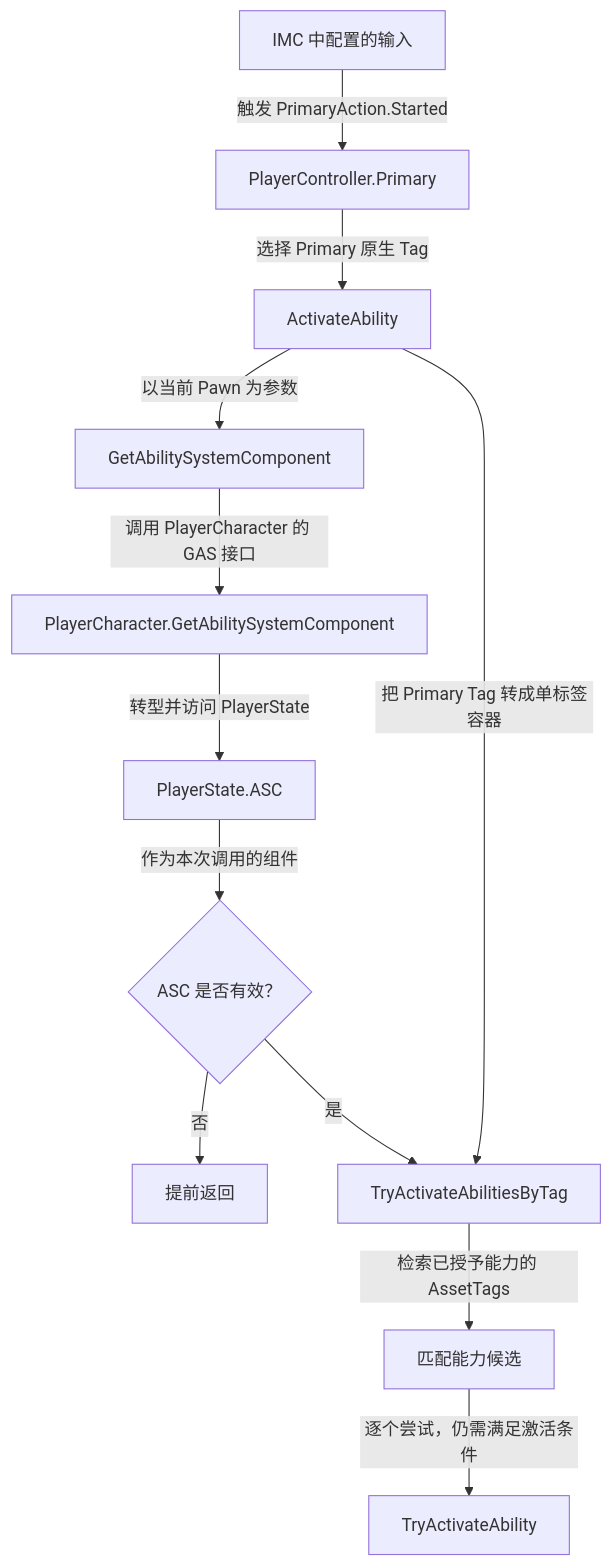
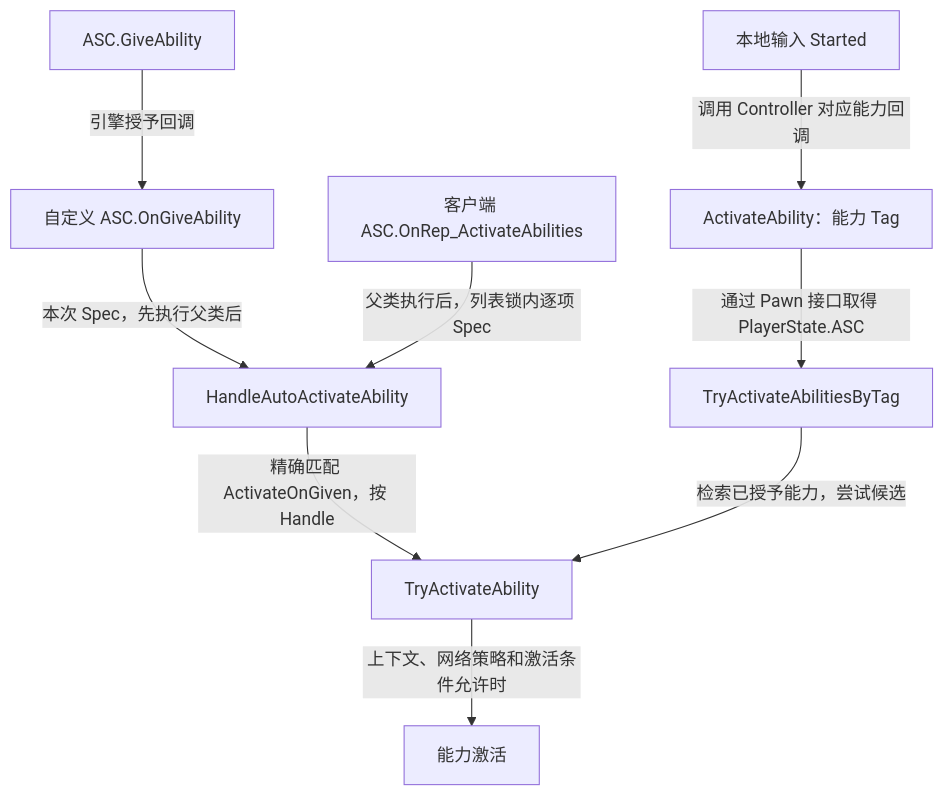
One commit to xue1ong/GAS_StudyNotes changed the second of 2 diagrams in AbilitySystem/StartupAbilities.md. Above: the diagram before and after it, drawn with Mermaid. The commit also changed other lines of this file and 14 other files, not shown here.

````diff
--- a/AbilitySystem/StartupAbilities.md
+++ b/AbilitySystem/StartupAbilities.md
@@ -88,14 +38,11 @@
 ```mermaid
 flowchart TD
-    mapping["IMC 中配置的输入"] -->|"触发 PrimaryAction.Started"| primary["PlayerController.Primary"]
-    primary -->|"选择 Primary 原生 Tag"| entry["ActivateAbility"]
-    entry -->|"以当前 Pawn 为参数"| lookup["GetAbilitySystemComponent"]
-    lookup -->|"调用 PlayerCharacter 的 GAS 接口"| getter["PlayerCharacter.GetAbilitySystemComponent"]
-    getter -->|"转型并访问 PlayerState"| asc["PlayerState.ASC"]
-    asc -->|"作为本次调用的组件"| valid{"ASC 是否有效？"}
-    valid -->|"否"| earlyReturn["提前返回"]
-    valid -->|"是"| activate["TryActivateAbilitiesByTag"]
-    entry -->|"把 Primary Tag 转成单标签容器"| activate
-    activate -->|"检索已授予能力的 AssetTags"| matches["匹配能力候选"]
-    matches -->|"逐个尝试，仍需满足激活条件"| attempt["TryActivateAbility"]
+    give["ASC.GiveAbility"] -->|"引擎授予回调"| onGive["自定义 ASC.OnGiveAbility"]
+    onGive -->|"本次 Spec，先执行父类后"| handler["HandleAutoActivateAbility"]
+    rep["客户端 ASC.OnRep_ActivateAbilities"] -->|"父类执行后，列表锁内逐项 Spec"| handler
+    handler -->|"精确匹配 ActivateOnGiven，按 Handle"| direct["TryActivateAbility"]
+    input["本地输入 Started"] -->|"调用 Controller 对应能力回调"| tag["ActivateAbility：能力 Tag"]
+    tag -->|"通过 Pawn 接口取得 PlayerState.ASC"| query["TryActivateAbilitiesByTag"]
+    query -->|"检索已授予能力，尝试候选"| direct
+    direct -->|"上下文、网络策略和激活条件允许时"| ability["能力激活"]
 ```
````
